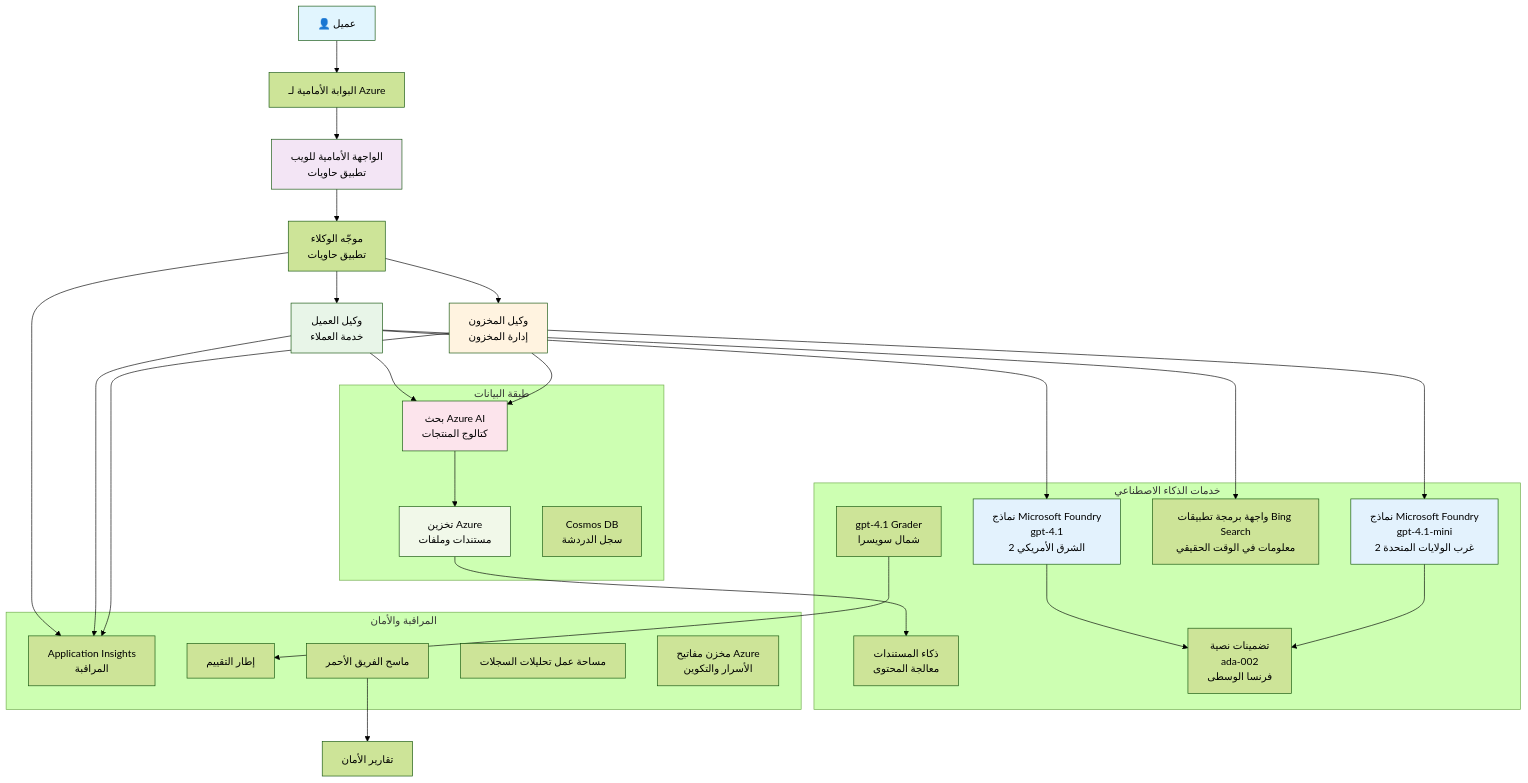
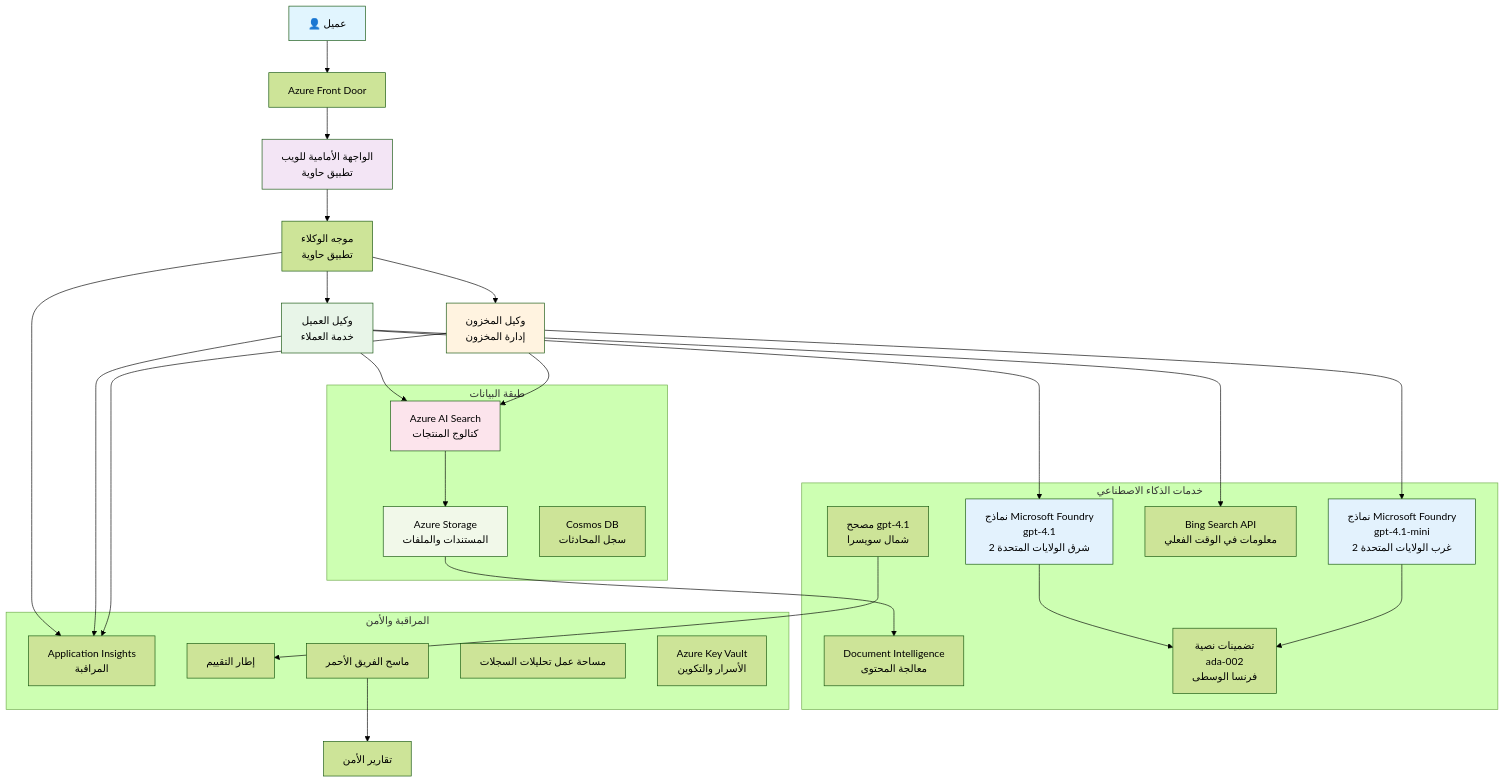
The diagram in translations/ar/examples/retail-scenario.md (microsoft/AZD-for-beginners), drawn with Mermaid (forest theme) before and after one commit. The commit also changed other lines of this file and 104 other files, not shown here.

````diff
--- a/translations/ar/examples/retail-scenario.md
+++ b/translations/ar/examples/retail-scenario.md
@@ -139,61 +139,61 @@
 ```mermaid
 graph TB
-    User[👤 عميل] --> LB[البوابة الأمامية لـ Azure]
-    LB --> WebApp[الواجهة الأمامية للويب<br/>تطبيق حاويات]
+    User[👤 عميل] --> LB[Azure Front Door]
+    LB --> WebApp[الواجهة الأمامية للويب<br/>تطبيق حاوية]
     
-    WebApp --> Router[موجّه الوكلاء<br/>تطبيق حاويات]
+    WebApp --> Router[موجه الوكلاء<br/>تطبيق حاوية]
     Router --> CustomerAgent[وكيل العميل<br/>خدمة العملاء]
     Router --> InvAgent[وكيل المخزون<br/>إدارة المخزون]
     
-    CustomerAgent --> OpenAI1[نماذج Microsoft Foundry<br/>gpt-4.1<br/>الشرق الأمريكي 2]
+    CustomerAgent --> OpenAI1[نماذج Microsoft Foundry<br/>gpt-4.1<br/>شرق الولايات المتحدة 2]
     InvAgent --> OpenAI2[نماذج Microsoft Foundry<br/>gpt-4.1-mini<br/>غرب الولايات المتحدة 2]
     
-    CustomerAgent --> AISearch[بحث Azure AI<br/>كتالوج المنتجات]
-    CustomerAgent --> BingSearch[واجهة برمجة تطبيقات Bing Search<br/>معلومات في الوقت الحقيقي]
+    CustomerAgent --> AISearch[Azure AI Search<br/>كتالوج المنتجات]
+    CustomerAgent --> BingSearch[Bing Search API<br/>معلومات في الوقت الفعلي]
     InvAgent --> AISearch
     
-    AISearch --> Storage[تخزين Azure<br/>مستندات وملفات]
-    Storage --> DocIntel[ذكاء المستندات<br/>معالجة المحتوى]
+    AISearch --> Storage[Azure Storage<br/>المستندات والملفات]
+    Storage --> DocIntel[Document Intelligence<br/>معالجة المحتوى]
     
     OpenAI1 --> Embeddings[تضمينات نصية<br/>ada-002<br/>فرنسا الوسطى]
     OpenAI2 --> Embeddings
     
     Router --> AppInsights[Application Insights<br/>المراقبة]
     CustomerAgent --> AppInsights
     InvAgent --> AppInsights
     
-    GraderModel[gpt-4.1 Grader<br/>شمال سويسرا] --> Evaluation[إطار التقييم]
-    RedTeam[ماسح الفريق الأحمر] --> SecurityReports[تقارير الأمان]
+    GraderModel[مصحح gpt-4.1<br/>شمال سويسرا] --> Evaluation[إطار التقييم]
+    RedTeam[ماسح الفريق الأحمر] --> SecurityReports[تقارير الأمن]
     
     subgraph "طبقة البيانات"
         Storage
         AISearch
-        CosmosDB[Cosmos DB<br/>سجل الدردشة]
+        CosmosDB[Cosmos DB<br/>سجل المحادثات]
     end
     
     subgraph "خدمات الذكاء الاصطناعي"
         OpenAI1
         OpenAI2
         Embeddings
         GraderModel
         DocIntel
         BingSearch
     end
     
-    subgraph "المراقبة والأمان"
+    subgraph "المراقبة والأمن"
         AppInsights
         LogAnalytics[مساحة عمل تحليلات السجلات]
-        KeyVault[مخزن مفاتيح Azure<br/>الأسرار والتكوين]
+        KeyVault[Azure Key Vault<br/>الأسرار والتكوين]
         RedTeam
         Evaluation
     end
     
     style User fill:#e1f5fe
     style WebApp fill:#f3e5f5
     style CustomerAgent fill:#e8f5e8
     style InvAgent fill:#fff3e0
     style OpenAI1 fill:#e3f2fd
     style OpenAI2 fill:#e3f2fd
     style AISearch fill:#fce4ec
     style Storage fill:#f1f8e9
 ```
````
